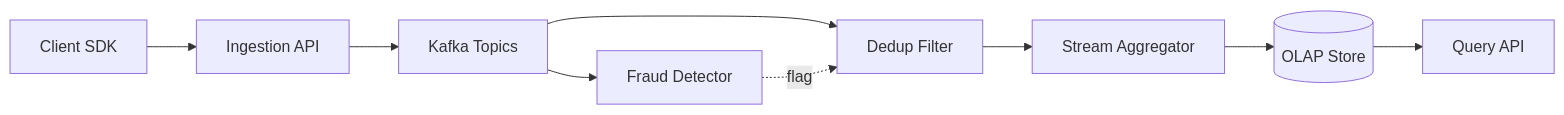
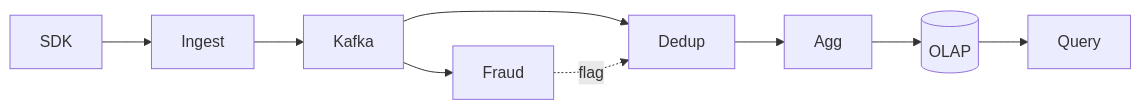
The diagram in site/content/designs/ad-click-aggregator.md (huangsam/systology), drawn with Mermaid before and after one commit. The commit also changed 4 other files, not shown here.

Commit message:
Enhance mermaid diagrams for new content

```diff
--- a/site/content/designs/ad-click-aggregator.md
+++ b/site/content/designs/ad-click-aggregator.md
@@ -23,11 +23,11 @@
 {{< mermaid >}}
 graph LR
-  SDK[Client SDK] --> Ingest[Ingestion API]
-  Ingest --> Kafka[Kafka Topics]
-  Kafka --> Dedup[Dedup Filter]
-  Dedup --> Agg[Stream Aggregator]
-  Agg --> OLAP[(OLAP Store)]
-  OLAP --> QueryAPI[Query API]
-  Kafka --> Fraud[Fraud Detector]
+  SDK --> Ingest
+  Ingest --> Kafka
+  Kafka --> Dedup
+  Dedup --> Agg
+  Agg --> OLAP[(OLAP)]
+  OLAP --> Query
+  Kafka --> Fraud
   Fraud -.->|flag| Dedup
 {{< /mermaid >}}
```
